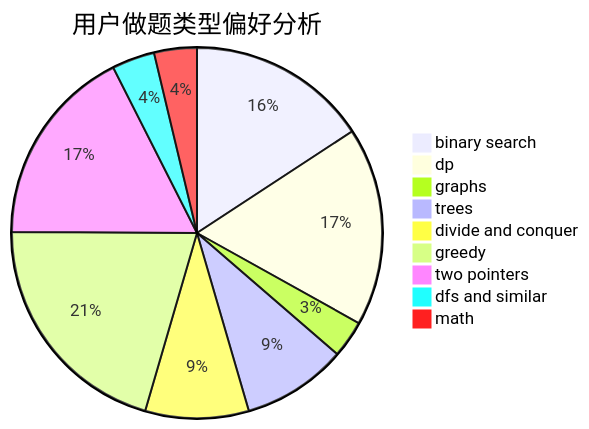
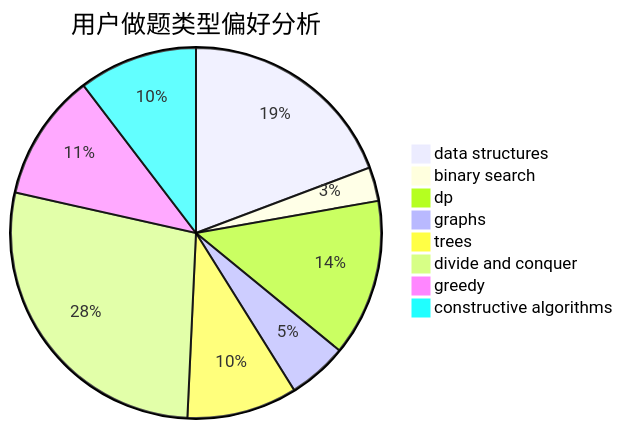
Before and after one commit to sherpahu/cfrs.github.io: the second of 3 diagrams in docs/user/u2076.md, drawn with Mermaid. The commit also changed other lines of this file and 2775 other files, not shown here.

````diff
--- a/docs/user/u2076.md
+++ b/docs/user/u2076.md
@@ -23,12 +23,11 @@
 ```mermaid
 pie title 用户做题类型偏好分析
-    "binary search" :  131
-    "dp" :  144
-    "graphs" :  27
-    "trees" :  76
+    "data structures" :  52
+    "binary search" :  8
+    "dp" :  37
+    "graphs" :  14
+    "trees" :  26
     "divide and conquer" :  75
-    "greedy" :  171
-    "two pointers" :  145
-    "dfs and similar" :  31
-    "math" :  31
+    "greedy" :  30
+    "constructive algorithms" :  28
 ```
````
